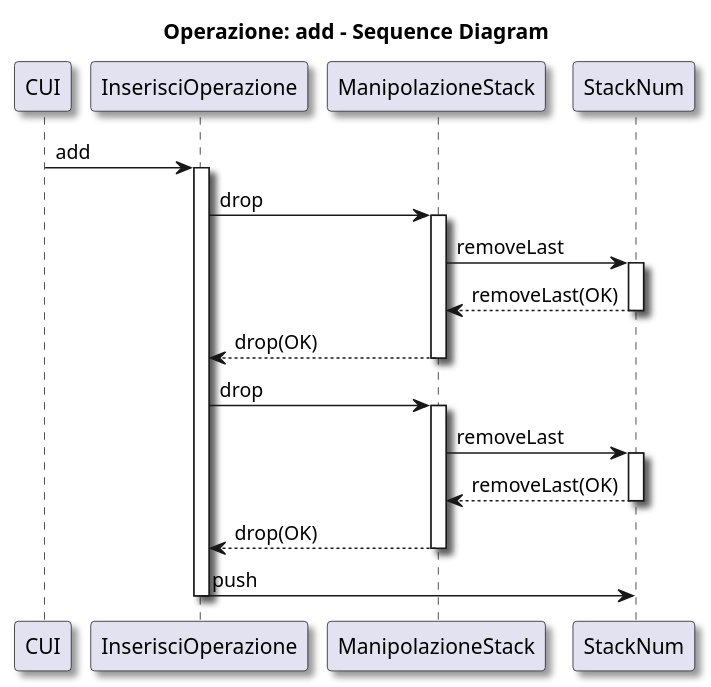
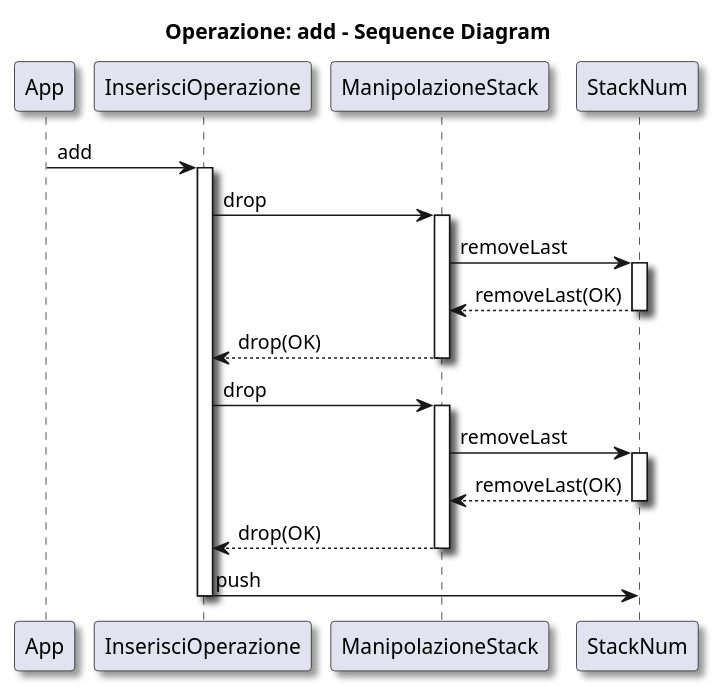
One commit to LuciaNancyLavista/Gruppo06_software_eng_L.I.V.P changed the diagram in CalcolatriceProgrammabile/Diagrams/Sequence Diagrams/SequenceInsertOp.puml. Above: the diagram before and after it, drawn with PlantUML. The commit also changed 6 other files, not shown here.

First line of the commit message:
Update Diagrams

```diff
--- a/CalcolatriceProgrammabile/Diagrams/Sequence Diagrams/SequenceInsertOp.puml
+++ b/CalcolatriceProgrammabile/Diagrams/Sequence Diagrams/SequenceInsertOp.puml
@@ -1,30 +1,30 @@
 @startuml 
 
 skinparam Shadowing true
 
 title Operazione: add - Sequence Diagram
 
-CUI -> InserisciOperazione: add
+App -> InserisciOperazione: add
 activate InserisciOperazione
 InserisciOperazione -> ManipolazioneStack: drop
 activate ManipolazioneStack
 ManipolazioneStack -> StackNum: removeLast
 activate StackNum
 StackNum --> ManipolazioneStack: removeLast(OK)
 deactivate StackNum
 ManipolazioneStack --> InserisciOperazione: drop(OK)
 deactivate ManipolazioneStack
 InserisciOperazione -> ManipolazioneStack: drop
 activate ManipolazioneStack
 ManipolazioneStack -> StackNum: removeLast
 activate StackNum
 StackNum --> ManipolazioneStack: removeLast(OK)
 deactivate StackNum
 ManipolazioneStack --> InserisciOperazione: drop(OK)
 deactivate ManipolazioneStack
 InserisciOperazione -> StackNum: push
 deactivate InserisciOperazione
 
 
 '!include ../../plantuml-styles/ae-copyright-footer.txt
 @endumlperazione
```
